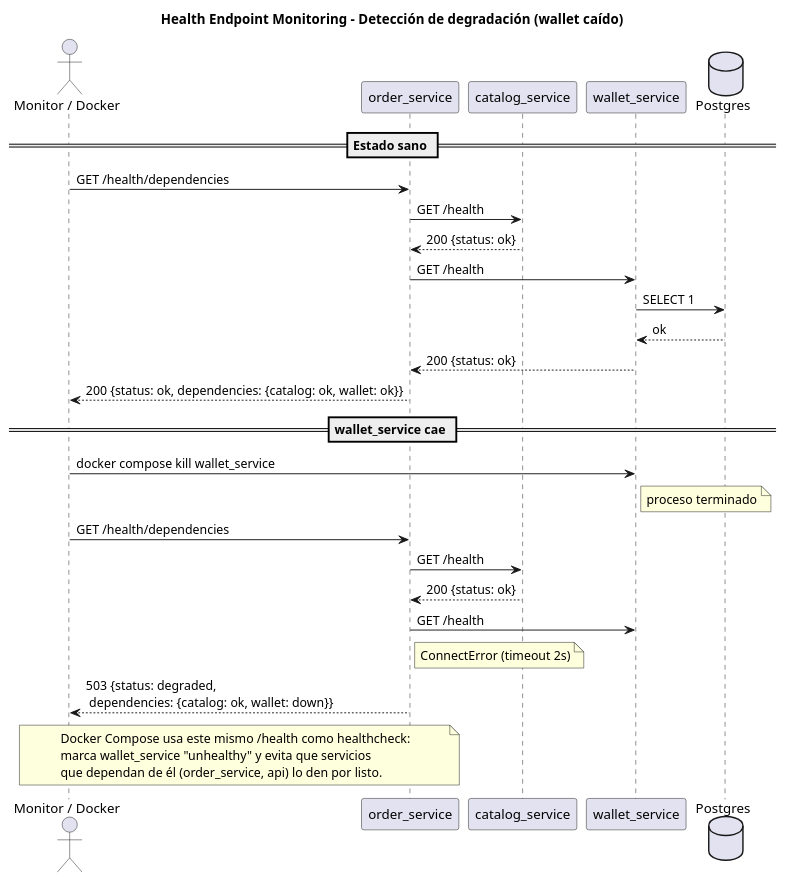
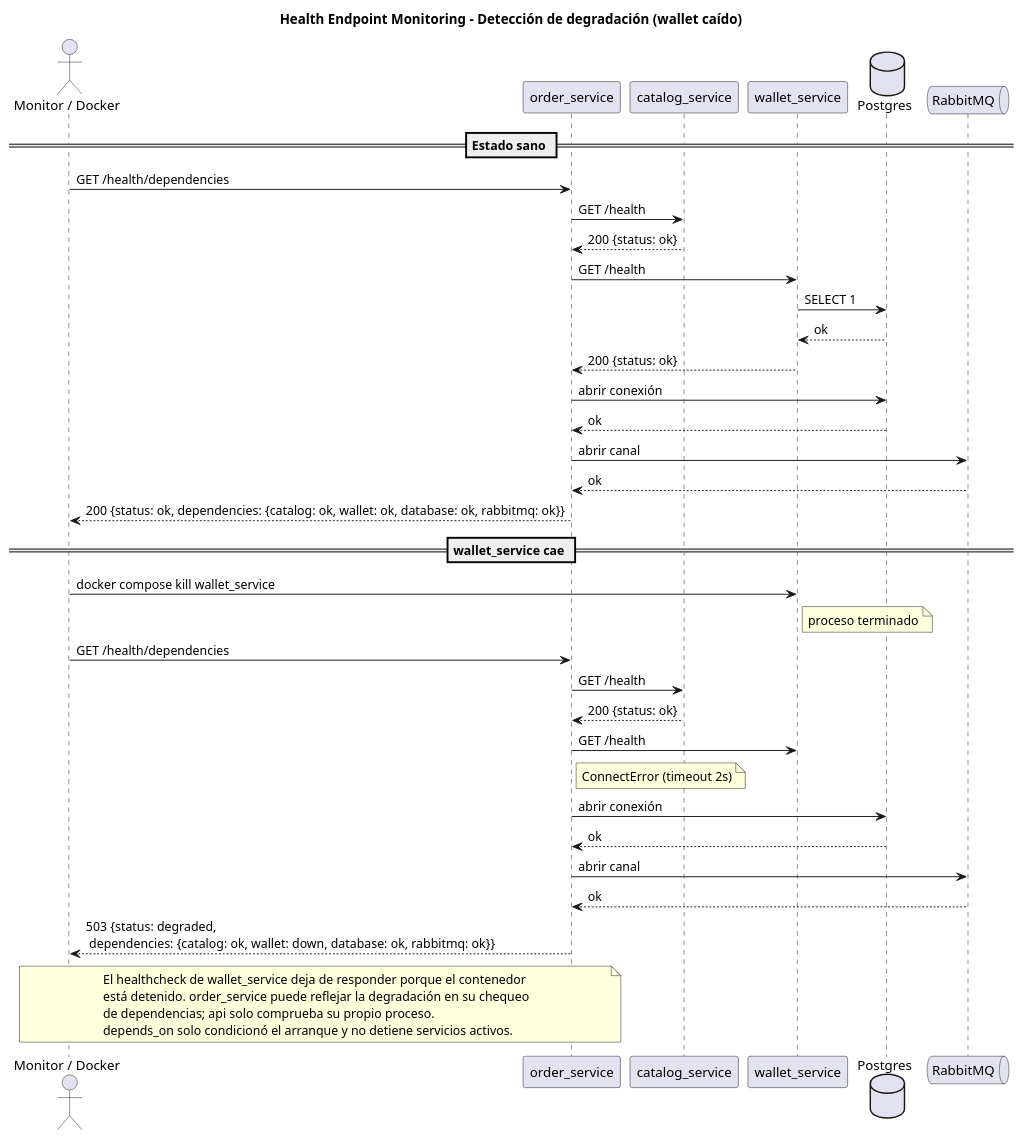
The first of 8 diagrams in docs/UT4/ENTREGA.md (micaelacrocco/TFUs-Grupo4), drawn with PlantUML before and after one commit. The commit also changed other lines of this file and 2 other files, not shown here.

````diff
--- a/docs/UT4/ENTREGA.md
+++ b/docs/UT4/ENTREGA.md
@@ -82,38 +94,48 @@
 ```plantuml
 @startuml
 title Health Endpoint Monitoring - Detección de degradación (wallet caído)
 
 actor "Monitor / Docker" as Monitor
 participant "order_service" as Order
 participant "catalog_service" as Catalog
 participant "wallet_service" as Wallet
 database "Postgres" as DB
+queue "RabbitMQ" as RabbitMQ
 
 == Estado sano ==
 Monitor -> Order: GET /health/dependencies
 Order -> Catalog: GET /health
 Catalog --> Order: 200 {status: ok}
 Order -> Wallet: GET /health
 Wallet -> DB: SELECT 1
 DB --> Wallet: ok
 Wallet --> Order: 200 {status: ok}
-Order --> Monitor: 200 {status: ok, dependencies: {catalog: ok, wallet: ok}}
+Order -> DB: abrir conexión
+DB --> Order: ok
+Order -> RabbitMQ: abrir canal
+RabbitMQ --> Order: ok
+Order --> Monitor: 200 {status: ok, dependencies: {catalog: ok, wallet: ok, database: ok, rabbitmq: ok}}
 
 == wallet_service cae ==
 Monitor -> Wallet: docker compose kill wallet_service
 note right of Wallet: proceso terminado
 
 Monitor -> Order: GET /health/dependencies
 Order -> Catalog: GET /health
 Catalog --> Order: 200 {status: ok}
 Order -> Wallet: GET /health
 note right of Order: ConnectError (timeout 2s)
-Order --> Monitor: 503 {status: degraded,\n dependencies: {catalog: ok, wallet: down}}
+Order -> DB: abrir conexión
+DB --> Order: ok
+Order -> RabbitMQ: abrir canal
+RabbitMQ --> Order: ok
+Order --> Monitor: 503 {status: degraded,\n dependencies: {catalog: ok, wallet: down, database: ok, rabbitmq: ok}}
 
 note over Monitor, Order
-  Docker Compose usa este mismo /health como healthcheck:
-  marca wallet_service "unhealthy" y evita que servicios
-  que dependan de él (order_service, api) lo den por listo.
+  El healthcheck de wallet_service deja de responder porque el contenedor
+  está detenido. order_service puede reflejar la degradación en su chequeo
+  de dependencias; api solo comprueba su propio proceso.
+  depends_on solo condicionó el arranque y no detiene servicios activos.
 end note
 @enduml
 ```
````
